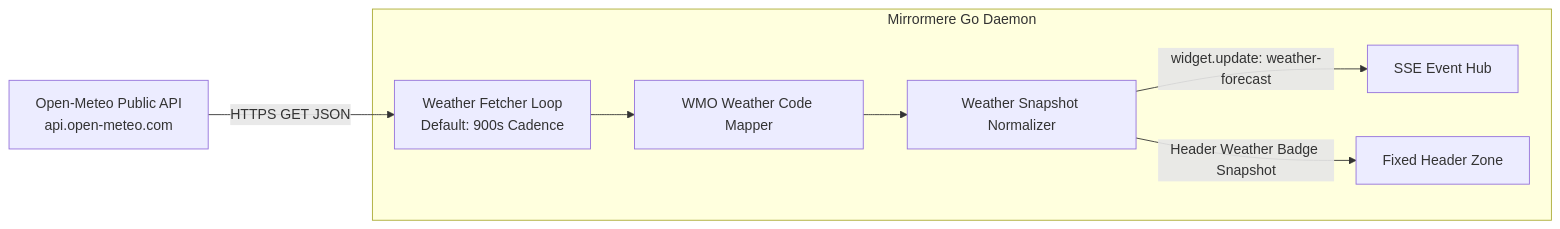
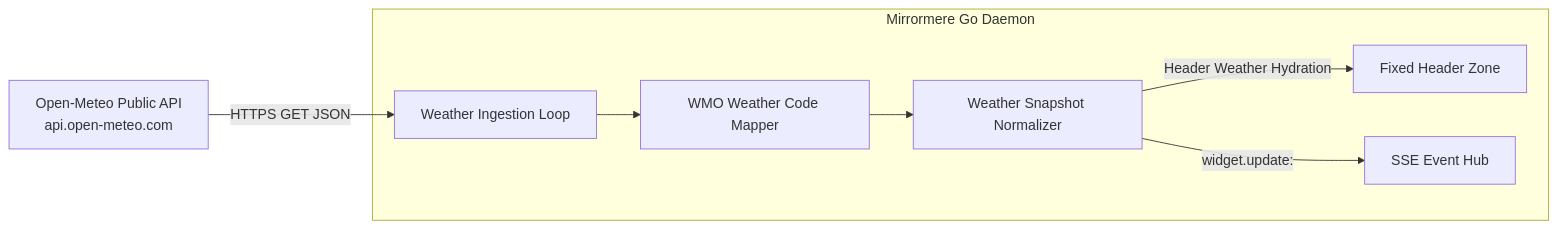
The second of 3 diagrams in specs/007-core-data-providers.md (azylman/mirrormere), drawn with Mermaid before and after one commit. The commit also changed other lines of this file and 4 other files, not shown here.

First line of the commit message:
docs(specs): formalize per-widget yaml configuration and autonomous header weather (#53)

````diff
--- a/specs/007-core-data-providers.md
+++ b/specs/007-core-data-providers.md
@@ -122,11 +129,11 @@
 ```mermaid
 flowchart LR
-    OpenMeteo[Open-Meteo Public API\napi.open-meteo.com] -->|HTTPS GET JSON| Poller[Weather Fetcher Loop\nDefault: 900s Cadence]
+    OpenMeteo[Open-Meteo Public API\napi.open-meteo.com] -->|HTTPS GET JSON| Poller[Weather Ingestion Loop]
 
     subgraph GoDaemon [Mirrormere Go Daemon]
         Poller --> WMO[WMO Weather Code Mapper]
         WMO --> Snap[Weather Snapshot Normalizer]
-        Snap -->|widget.update: weather-forecast| SSEHub[SSE Event Hub]
-        Snap -->|Header Weather Badge Snapshot| Header[Fixed Header Zone]
+        Snap -->|Header Weather Hydration| Header[Fixed Header Zone]
+        Snap -->|widget.update: <widget_id>| SSEHub[SSE Event Hub]
     end
 ```
````
